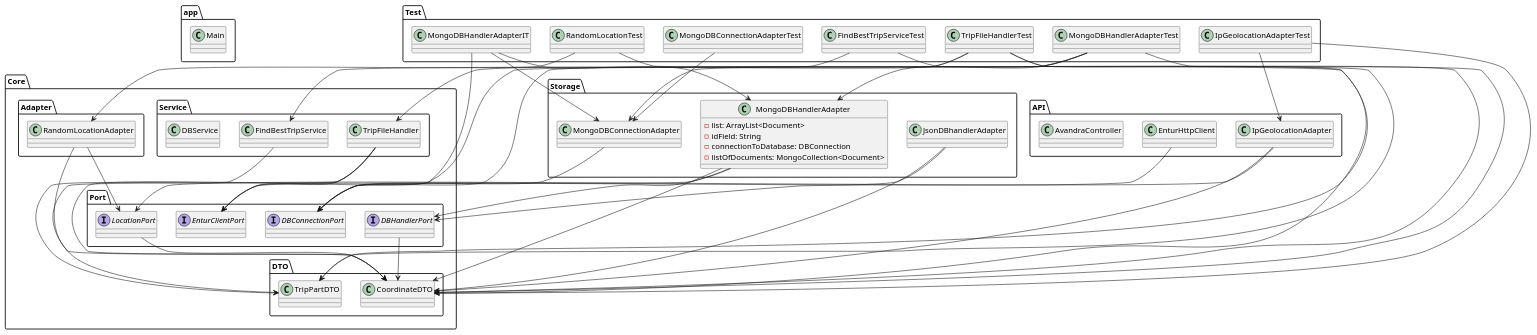
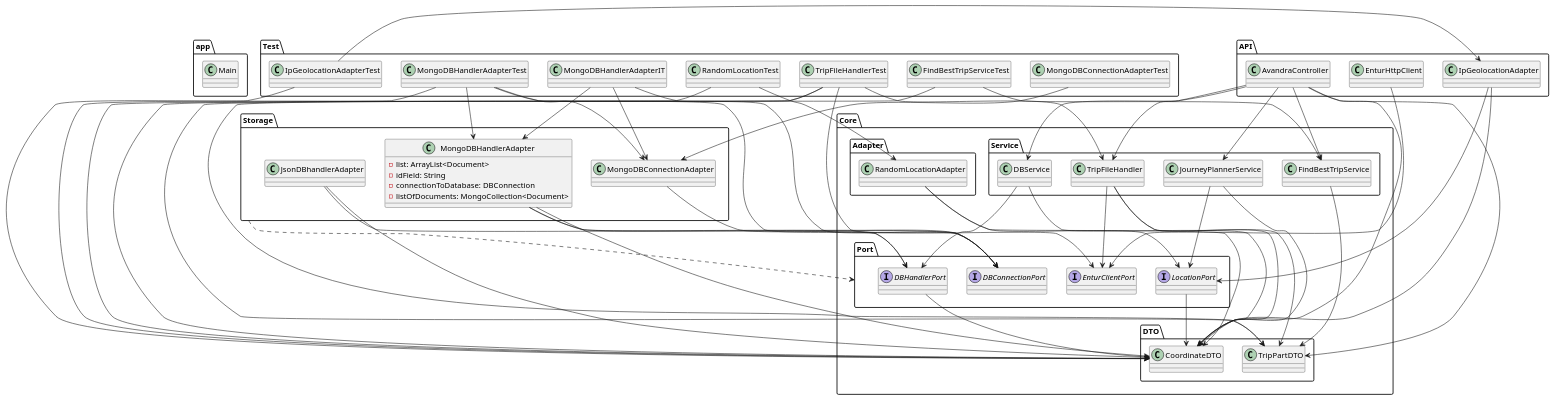
One commit to ditmann/Software-Gruppe-2 changed the diagram in PlantUML/system_overview.puml. Above: the diagram before and after it, drawn with PlantUML. The commit also changed 1 other file, not shown here.

Commit message:
Klassediagram done!

```diff
--- a/PlantUML/system_overview.puml
+++ b/PlantUML/system_overview.puml
@@ -1,118 +1,132 @@
 @startuml
 'https://plantuml.com/class-diagram
 
 package "app" {
     class "Main"
 }
 
 package "Core" {
 
     package "Port" {
         interface "DBHandlerPort"
         interface "DBConnectionPort"
         interface "LocationPort"
         interface "EnturClientPort"
     }
 
     package "Service" {
         class "FindBestTripService"
         class "TripFileHandler"
         class "DBService"
+        class "JourneyPlannerService"
     }
 
     package "DTO" {
             class "TripPartDTO"
             class "CoordinateDTO"
     }
 
     package "Adapter" {
 
         class "RandomLocationAdapter" 
     }
 }
 
 package "Storage" {
 
     class JsonDBhandlerAdapter {
     }
 
     class MongoDBConnectionAdapter {
     }
 
     class MongoDBHandlerAdapter{
     - list: ArrayList<Document>
     - idField: String
     - connectionToDatabase: DBConnection
     - listOfDocuments: MongoCollection<Document>
     }
 }
 
 package "API" {
     class "EnturHttpClient"
     class "IpGeolocationAdapter"
     class "AvandraController"
 
 }
 
 package "Test" {
 
     class "TripFileHandlerTest"
     class "MongoDBHandlerAdapterTest"
     class "IpGeolocationAdapterTest"
     class "RandomLocationTest"
     class "MongoDBHandlerAdapterIT"
     class "MongoDBConnectionAdapterTest"
     class "FindBestTripServiceTest"
 }
 
 'API koblinger:
 "EnturHttpClient"-->"EnturClientPort"
 "IpGeolocationAdapter"-->"LocationPort"
 "IpGeolocationAdapter"-->"CoordinateDTO"
+"AvandraController"-->"CoordinateDTO"
+"AvandraController"-->"TripPartDTO"
+"AvandraController"-->"DBService"
+"AvandraController"-->"FindBestTripService"
+"AvandraController"-->"JourneyPlannerService"
+"AvandraController"-->"TripFileHandler"
 
-'Storage koblinger:
+'Storage:
 "JsonDBhandlerAdapter"-->"DBHandlerPort"
 "JsonDBhandlerAdapter"-->"CoordinateDTO"
 "MongoDBConnectionAdapter"-->"DBConnectionPort"
 "MongoDBHandlerAdapter"-->"DBHandlerPort"
 "MongoDBHandlerAdapter"-->"CoordinateDTO"
 "MongoDBHandlerAdapter"-->"DBConnectionPort"
 
-'Core koblinger:
+'Core:
 '   Adapter:
 "RandomLocationAdapter"-->"LocationPort"
 "RandomLocationAdapter"-->"CoordinateDTO"
+
 '   Port:
 "DBHandlerPort"-->"CoordinateDTO"
 "LocationPort"-->"CoordinateDTO"
+
 '   DTO: Bruker ingen koblinger
+
 '   Service:
 "FindBestTripService"-->"TripPartDTO"
 "TripFileHandler"-->"TripPartDTO"
 "TripFileHandler"-->"CoordinateDTO"
 "TripFileHandler"-->"EnturClientPort"
+"JourneyPlannerService"-->"CoordinateDTO"
+"JourneyPlannerService"-->"LocationPort"
+"DBService"-->"DBHandlerPort"
+"DBService"-->"CoordinateDTO"
 
-'Test kobling:
+'Test:
 "TripFileHandlerTest"-->"CoordinateDTO"
 "TripFileHandlerTest"-->"TripPartDTO"
 "TripFileHandlerTest"-->"EnturClientPort"
 "TripFileHandlerTest"-->"TripFileHandler"
 "RandomLocationTest"-->"RandomLocationAdapter"
 "RandomLocationTest"-->"CoordinateDTO"
 "MongoDBHandlerAdapterTest"-->"CoordinateDTO"
 "MongoDBHandlerAdapterTest"-->"DBConnectionPort"
 "MongoDBHandlerAdapterTest"-->"MongoDBHandlerAdapter"
 "MongoDBHandlerAdapterTest"-->"MongoDBConnectionAdapter"
 "MongoDBHandlerAdapterIT"-->"DBConnectionPort"
 "MongoDBHandlerAdapterIT"-->"MongoDBConnectionAdapter"
 "MongoDBHandlerAdapterIT"-->"MongoDBHandlerAdapter"
 "MongoDBConnectionAdapterTest"-->"MongoDBConnectionAdapter"
 "IpGeolocationAdapterTest"-->"IpGeolocationAdapter"
 "IpGeolocationAdapterTest"-->"CoordinateDTO"
 "FindBestTripServiceTest"-->"FindBestTripService"
 "FindBestTripServiceTest"-->"TripPartDTO"
 
-
+"Storage" ..> "Port"
 
 
 @enduml
```
